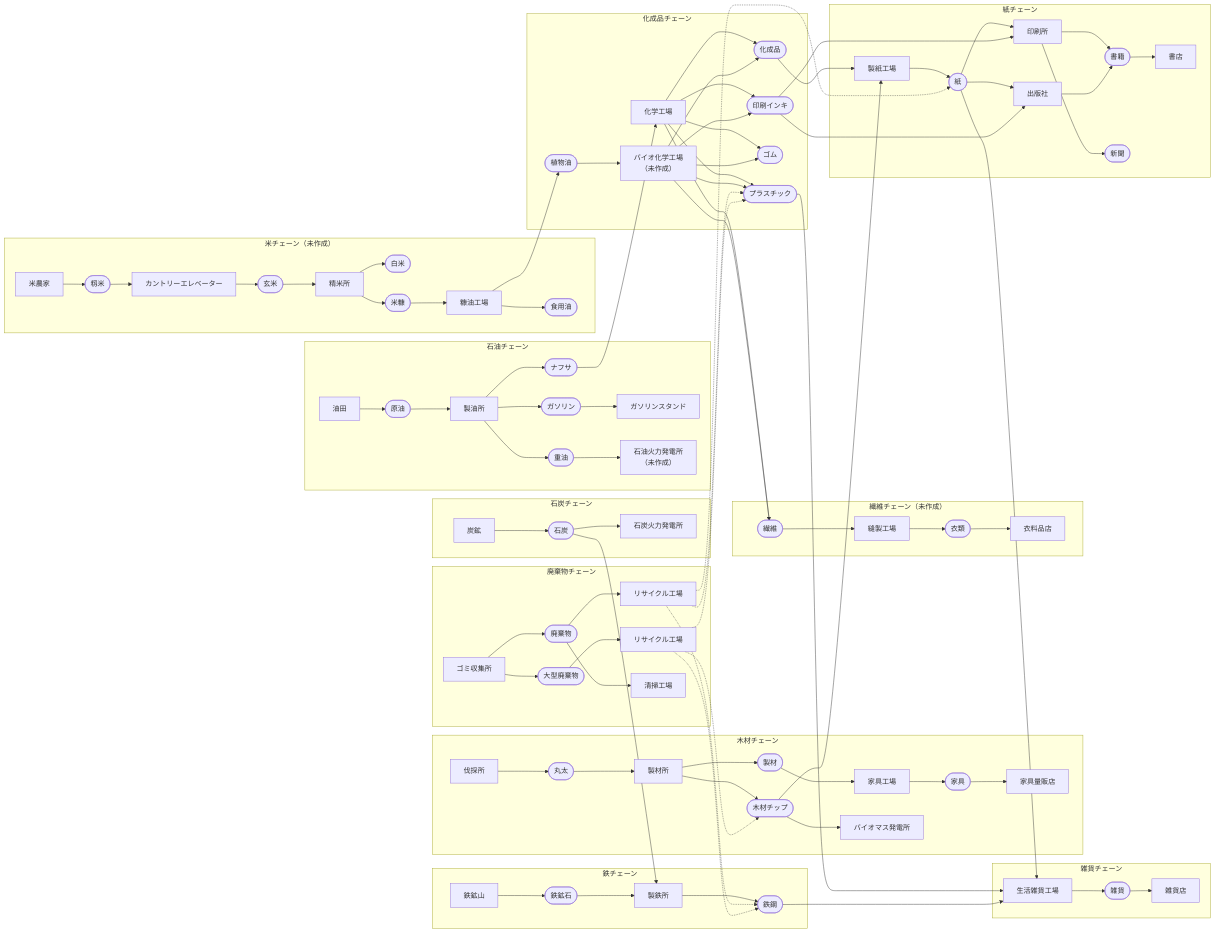
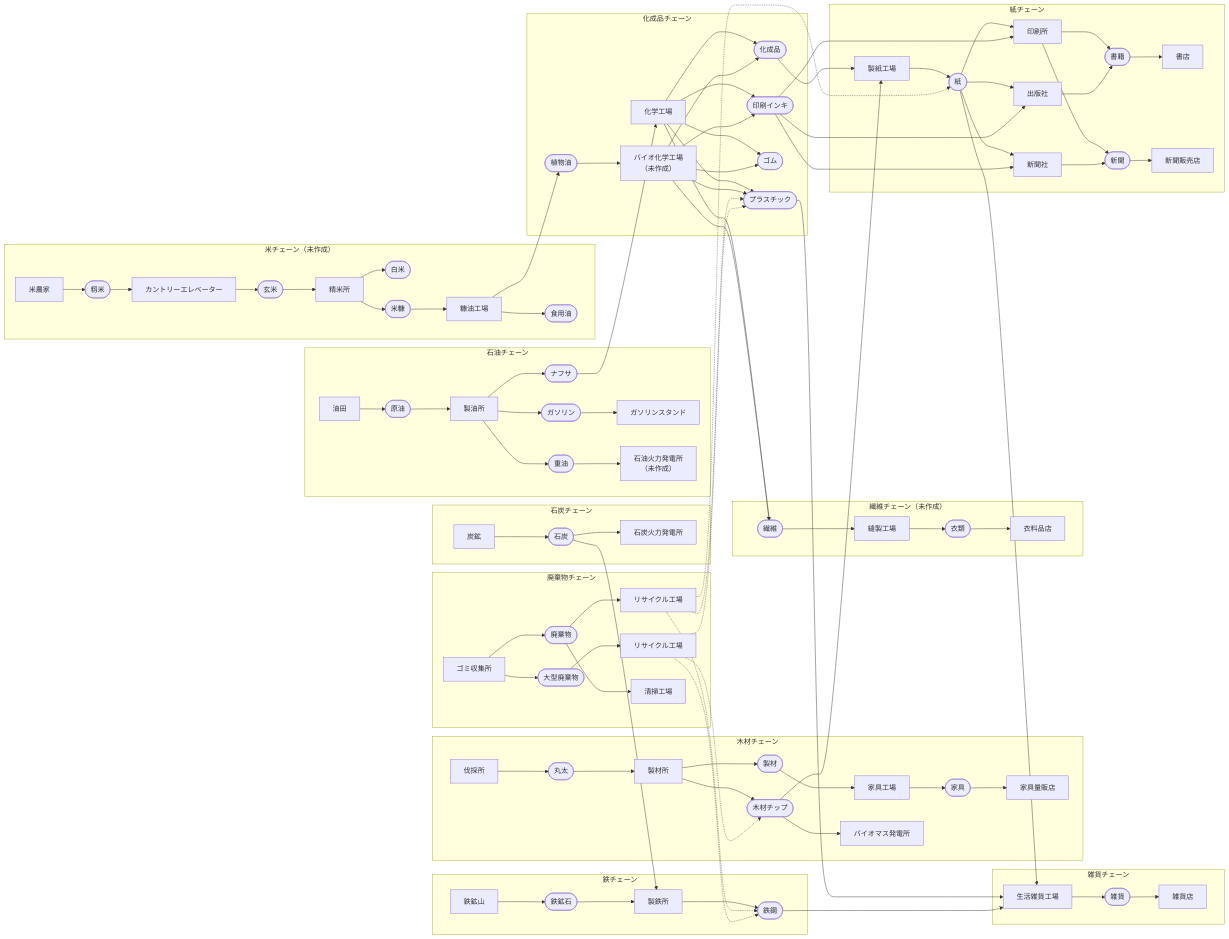
Before and after one commit to HayaKoh-WeldyAlin/simutrans-pak128.japan_plus: the diagram in src/産業/産業網図-128jpp.mmd, drawn with Mermaid.

Commit message:
新聞の流通経路を追加

```diff
--- a/src/産業/産業網図-128jpp.mmd
+++ b/src/産業/産業網図-128jpp.mmd
@@ -1,55 +1,57 @@
 %% Mermaid Live Editor（https://mermaid.live/）形式で記述しています。
 flowchart LR
   subgraph Holz_Chain[木材チェーン]
    Faellstelle[伐採所] --> Holz([丸太])
    Holz --> Saegewerk[製材所] --> Bretter([製材]) & Holzpane([木材チップ])
     Bretter --> Moebelfabrik[家具工場] --> Moebel([家具])
     Moebel --> Moebelhaus[家具量販店]
     Holzpane --> Biomasse_kraftwerk[バイオマス発電所]
   end
   subgraph Kohle_Chain[石炭チェーン]
    Kohlebergwerk[炭鉱] --> Kohle([石炭])
    Kohle --> Kohle_kraftwerk[石炭火力発電所]
   end
   subgraph Eisen_Chain[鉄チェーン]
    Eisenmine[鉄鉱山] --> Eisenerz([鉄鉱石])
    Eisenerz --> Stahlwerk[製鉄所]
    Kohle --> Stahlwerk
    Stahlwerk --> Stahl([鉄鋼])
   end
   subgraph Faser_Chain[繊維チェーン（未作成）]
    Faser([繊維]) --> Naeherei[縫製工場] --> Kleidung([衣類])
    Kleidung --> Bekleidungsgeschaeft[衣料品店]
   end
   subgraph Oel_Chain[石油チェーン]
    Oelfeld[油田] --> Oel([原油])
    Oel --> Raffinerie[製油所] --> Benzin([ガソリン]) & Schwerol([重油]) & Naphtha([ナフサ])
    Benzin --> Tankstelle[ガソリンスタンド]
    Schwerol --> Oel_kraftwerk[石油火力発電所\n（未作成）]
   end
   subgraph Chemikalien_Chain[化成品チェーン]
    Naphtha --> chemischeAnlage[化学工場] --> Chemikalien([化成品]) & Plastik([プラスチック]) & Gummi([ゴム]) & Faser & Druckfarbe([印刷インキ])
    Pflanzenoel([植物油]) --> Bio_chemischeAnlage[バイオ化学工場\n（未作成）] --> Chemikalien & Plastik & Gummi & Faser & Druckfarbe
   end
   subgraph Papier_Chain[紙チェーン]
    Holzpane & Chemikalien --> Papierfabrik[製紙工場] --> Papier([紙])
    Papier & Druckfarbe --> Druckerei[印刷所] --> Bucher([書籍]) & Zeitung([新聞])
    Papier & Druckfarbe --> Verlag[出版社] --> Bucher   
    Bucher --> Buchhandlung[書店]
+   Papier & Druckfarbe --> Zeitungsunternehmen[新聞社] --> Zeitung   
+   Zeitung --> Zeitungsladen[新聞販売店]
   end
   subgraph Waren_Chain[雑貨チェーン]
    Plastik & Papier & Stahl --> Gemischtwarenfabrik[生活雑貨工場] --> Waren([雑貨])
    Waren --> Gemischtwarenladen[雑貨店]
   end
   subgraph Reis_Chain[米チェーン（未作成）]
    Reisbauern[米農家] --> roh_Reis([籾米])
    roh_Reis --> Landaufzug[カントリーエレベーター] --> brauner_Reis([玄米])
    brauner_Reis --> Reismuehle[精米所] --> weisser_Reis([白米]) & Reiskleie([米糠])
    Reiskleie --> Reiskleieoel-Fabrik[糠油工場] --> Speiseoel([食用油]) & Pflanzenoel
   end
   subgraph Abfall_Chain[廃棄物チェーン]
    Mullabfuhrstation[ゴミ収集所] --> Abfall([廃棄物]) & Sperrmull([大型廃棄物])
    Abfall --> Recyclinganlage[リサイクル工場] -.-> Plastik & Papier & Stahl
    Sperrmull --> Recyclinganlage_Sperrmull[リサイクル工場] -.-> Plastik & Stahl & Holzpane
    Abfall --> Abfall_kraftwerk[清掃工場]
   end
```
